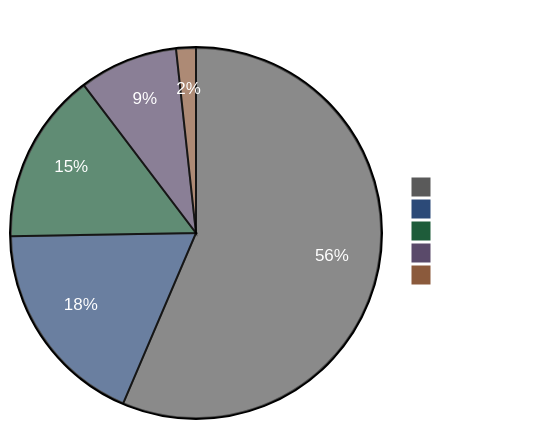
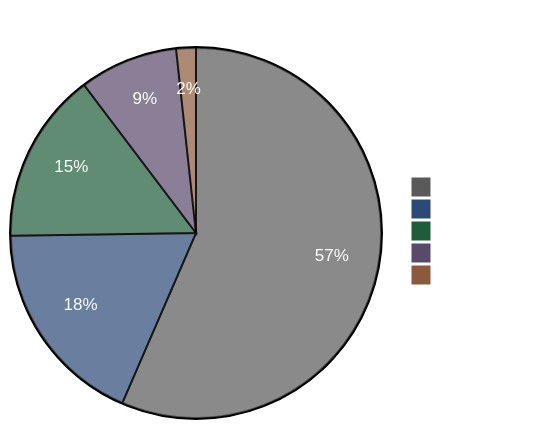
Before and after one commit to ccmeteorljh/reco-arxiv-daily: the diagram in README.md, drawn with Mermaid. The commit also changed other lines of this file and 7 other files, not shown here.

````diff
--- a/README.md
+++ b/README.md
@@ -6,19 +6,19 @@
 ```mermaid
 %%{init: {'theme':'base', 'themeVariables': {
   'pie1':'#5a5a5a',
   'pie2':'#2c4a78',
   'pie3':'#1e5c3a',
   'pie4':'#5a4a6a',
   'pie5':'#8b5a3c',
   'pieTitleTextColor':'#ffffff',
   'pieSectionTextColor':'#ffffff',
   'pieLegendTextColor':'#ffffff'
 }}}%%
 pie showData
 title Paper Distribution by Tag
-  "Other" : 623
+  "Other" : 625
   "LLM" : 202
   "GR" : 165
   "Seq" : 95
   "Scaling" : 19
 ```
````
